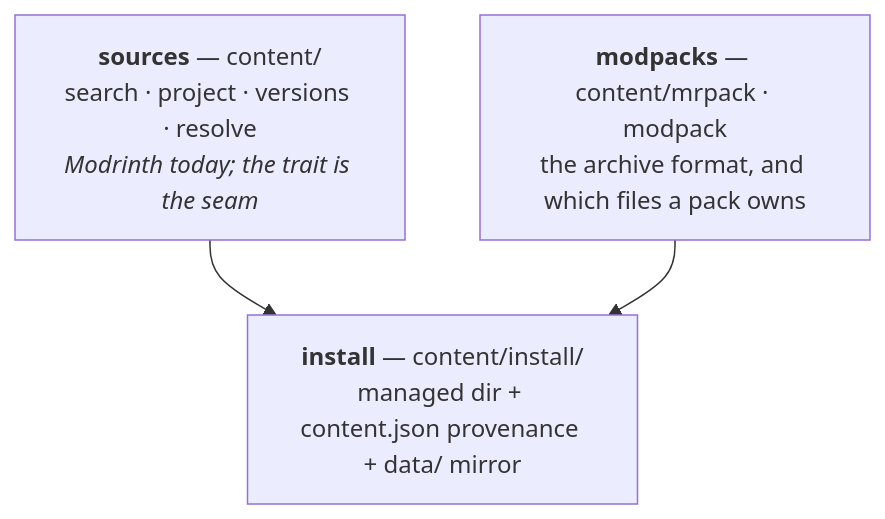
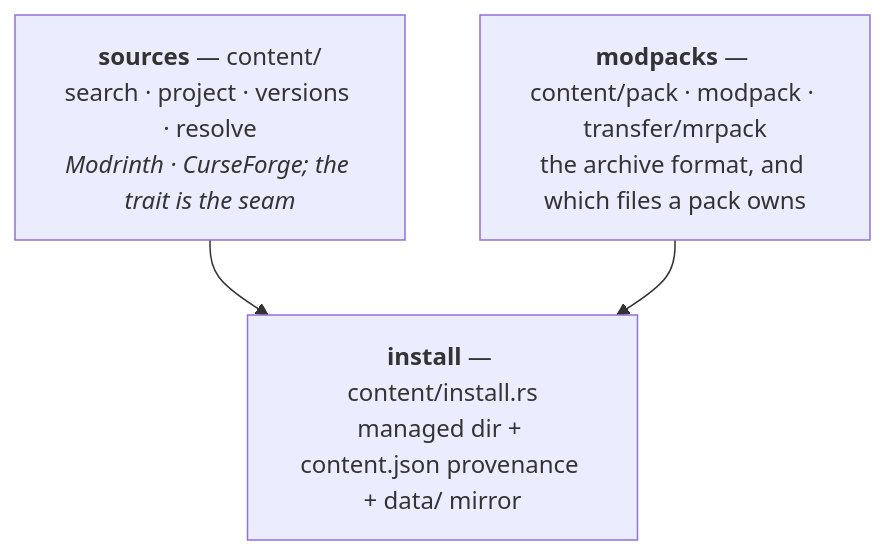
The first of 3 diagrams in docs/architecture/content.md (prytaneum/hestia), drawn with Mermaid before and after one commit. The commit also changed other lines of this file and 16 other files, not shown here.

Commit message:
docs(architecture): match the code after the audit refactors

````diff
--- a/docs/architecture/content.md
+++ b/docs/architecture/content.md
@@ -11,9 +11,9 @@
 ```mermaid
 flowchart TD
-    SRC["<b>sources</b> — content/<br/>search · project · versions · resolve<br/><i>Modrinth today; the trait is the seam</i>"]
-    INST["<b>install</b> — content/install/<br/>managed dir + content.json provenance + data/ mirror"]
-    PACK["<b>modpacks</b> — content/mrpack · modpack<br/>the archive format, and which files a pack owns"]
+    SRC["<b>sources</b> — content/<br/>search · project · versions · resolve<br/><i>Modrinth · CurseForge; the trait is the seam</i>"]
+    INST["<b>install</b> — content/install.rs<br/>managed dir + content.json provenance + data/ mirror"]
+    PACK["<b>modpacks</b> — content/pack · modpack · transfer/mrpack<br/>the archive format, and which files a pack owns"]
 
     SRC --> INST
     PACK --> INST
 ```
````
